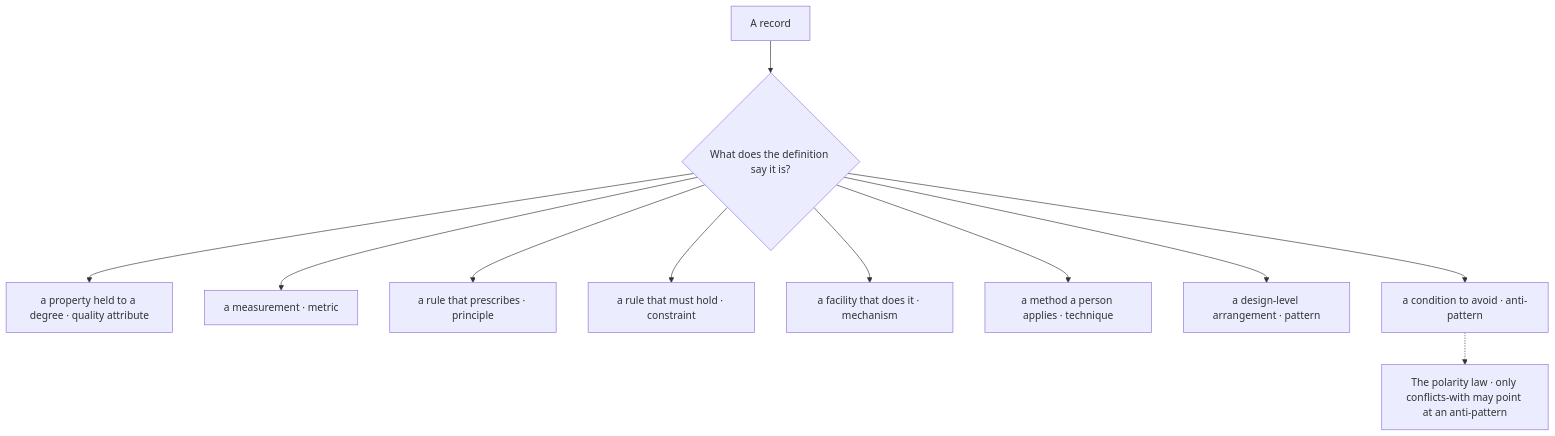
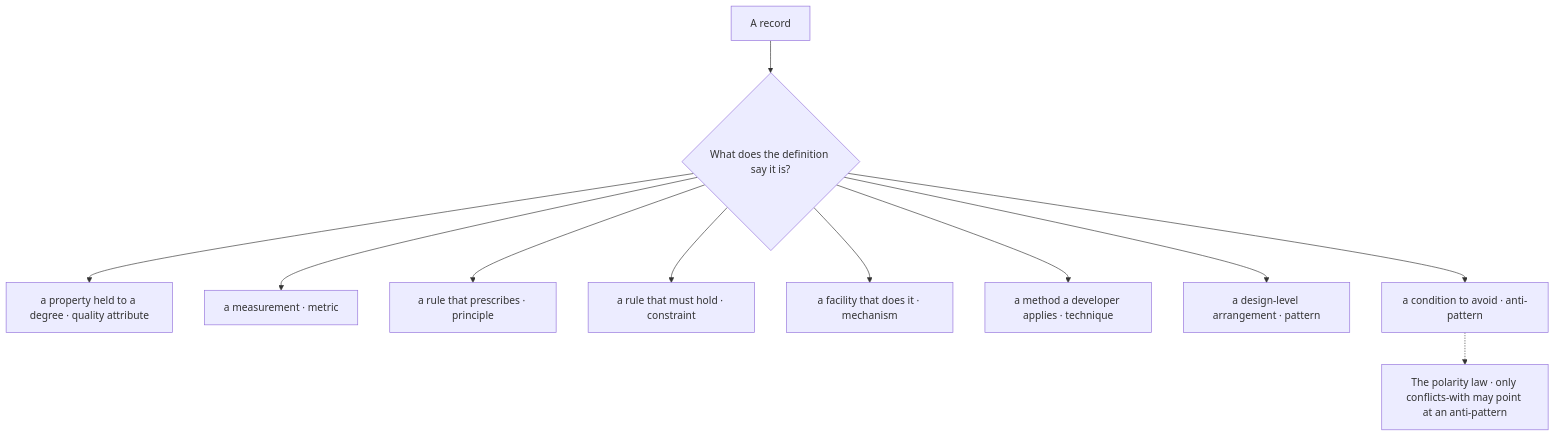
Before and after one commit to Varietyz/Disciplined-AI-Software-Development: the third of 13 diagrams in architecture/PRINCIPLES.md, drawn with Mermaid. The commit also changed other lines of this file and 25 other files, not shown here.

````diff
--- a/architecture/PRINCIPLES.md
+++ b/architecture/PRINCIPLES.md
@@ -226,24 +220,24 @@
 ```mermaid
 flowchart TB
 record["A record"]
 question{"What does the definition say it is?"}
 property["a property held to a degree · quality attribute"]
 number["a measurement · metric"]
 rule["a rule that prescribes · principle"]
 bound["a rule that must hold · constraint"]
 facility["a facility that does it · mechanism"]
-method["a method a person applies · technique"]
+method["a method a developer applies · technique"]
 arrangement["a design-level arrangement · pattern"]
 avoided["a condition to avoid · anti-pattern"]
 record --> question
 question --> property
 question --> number
 question --> rule
 question --> bound
 question --> facility
 question --> method
 question --> arrangement
 question --> avoided
 polarity["The polarity law · only conflicts-with may point at an anti-pattern"]
 avoided -.-> polarity
 ```
````
